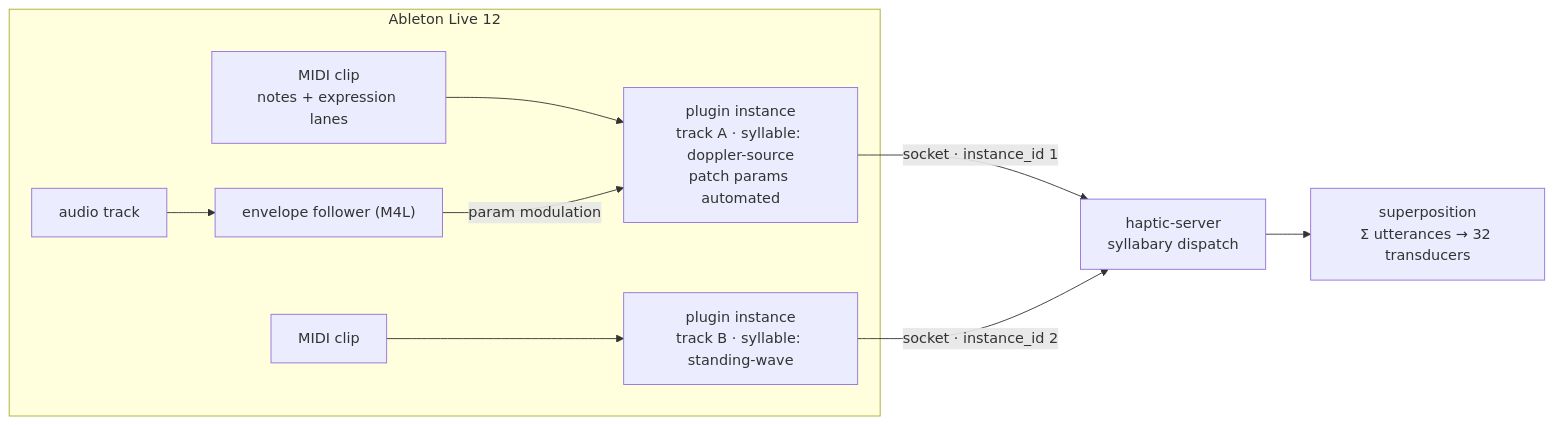
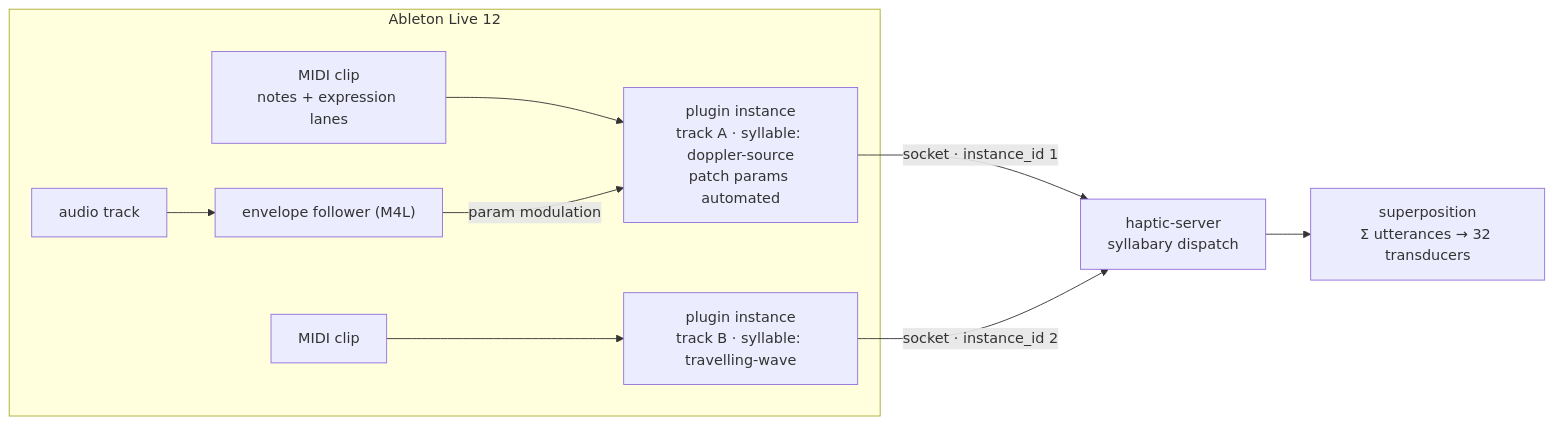
The first of 2 diagrams in docs/syllabary-protocol.md (jmz1/haptic-vst), drawn with Mermaid before and after one commit. The commit also changed other lines of this file and 14 other files, not shown here.

Commit message:
Implement travelling wave stimulus

````diff
--- a/docs/syllabary-protocol.md
+++ b/docs/syllabary-protocol.md
@@ -49,11 +49,11 @@
 ```mermaid
 flowchart LR
     subgraph live["Ableton Live 12"]
         CLIP1["MIDI clip<br/>notes + expression lanes"] --> INST1["plugin instance<br/>track A · syllable: doppler-source<br/>patch params automated"]
-        CLIP2["MIDI clip"] --> INST2["plugin instance<br/>track B · syllable: standing-wave"]
+        CLIP2["MIDI clip"] --> INST2["plugin instance<br/>track B · syllable: travelling-wave"]
         AUDIO["audio track"] --> EF["envelope follower (M4L)"] -->|"param modulation"| INST1
     end
     INST1 -->|"socket · instance_id 1"| SRV["haptic-server<br/>syllabary dispatch"]
     INST2 -->|"socket · instance_id 2"| SRV
     SRV --> SUM["superposition<br/>Σ utterances → 32 transducers"]
 ```
````
